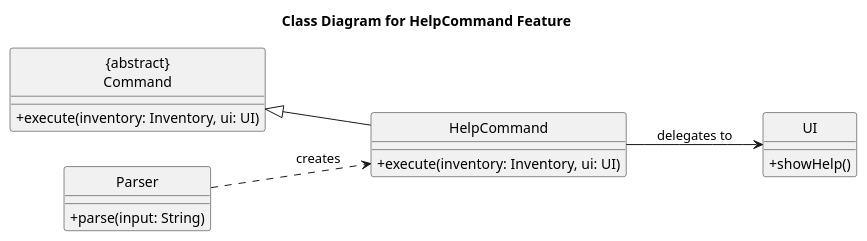
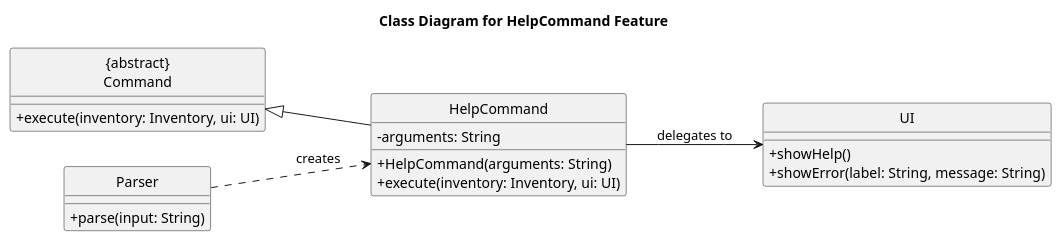
One commit to YeoSiZhao/tp changed the diagram in docs/diagrams/class/HelpCommandClassDiagram.puml. Above: the diagram before and after it, drawn with PlantUML. The commit also changed 20 other files, not shown here.

Commit message:
DG & UI Fixes - fixed Help, Clear and Delete (sequence diagram) - fixed UI

```diff
--- a/docs/diagrams/class/HelpCommandClassDiagram.puml
+++ b/docs/diagrams/class/HelpCommandClassDiagram.puml
@@ -1,26 +1,29 @@
 @startuml
 title Class Diagram for HelpCommand Feature
 skinparam classAttributeIconSize 0
 hide circle
 left to right direction
 
 class "{abstract}\nCommand" as Command {
   + execute(inventory: Inventory, ui: UI)
 }
 
 class Parser {
   + parse(input: String)
 }
 
 class HelpCommand {
+  - arguments: String
+  + HelpCommand(arguments: String)
   + execute(inventory: Inventory, ui: UI)
 }
 
 class UI {
   + showHelp()
+  + showError(label: String, message: String)
 }
 
 Command <|-- HelpCommand
 Parser ..> HelpCommand : creates
 HelpCommand --> UI : delegates to
 @enduml
```
